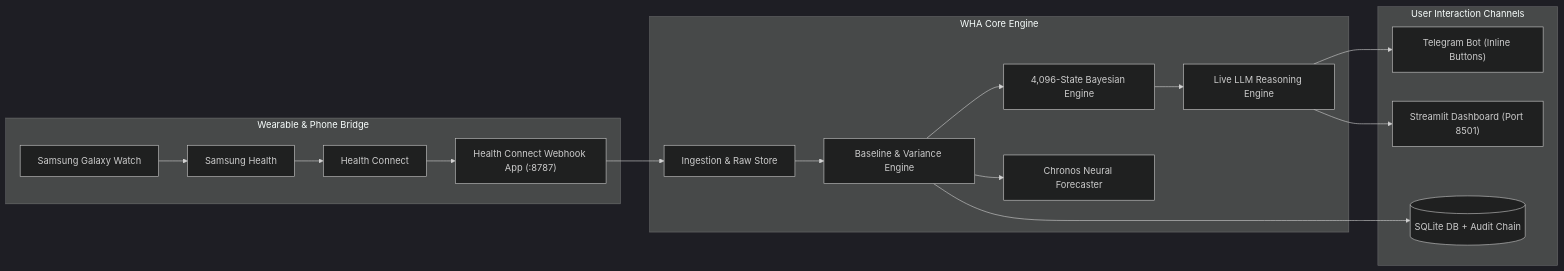
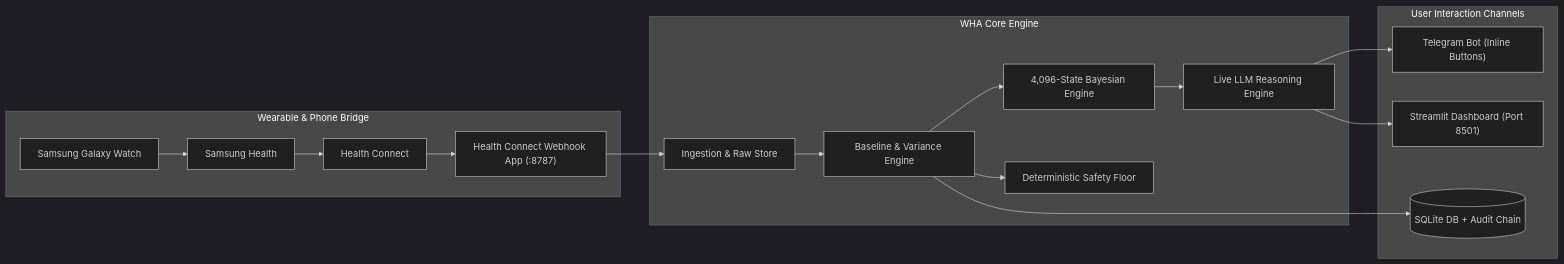
Before and after one commit to NatBrian/wearable-health-agent: the diagram in README.md, drawn with Mermaid (dark theme). The commit also changed other lines of this file and 8 other files, not shown here.

````diff
--- a/README.md
+++ b/README.md
@@ -113,22 +113,22 @@
 ```mermaid
 flowchart LR
     subgraph Hardware["Wearable & Phone Bridge"]
         Watch["Samsung Galaxy Watch"] --> SH["Samsung Health"]
         SH --> HC["Health Connect"]
         HC --> Bridge["Health Connect Webhook App (:8787)"]
     end
 
     subgraph Core["WHA Core Engine"]
         Bridge --> Ingest["Ingestion & Raw Store"]
         Ingest --> Stats["Baseline & Variance Engine"]
         Stats --> Bayes["4,096-State Bayesian Engine"]
-        Stats --> Chronos["Chronos Neural Forecaster"]
+        Stats --> Safety["Deterministic Safety Floor"]
         Bayes --> LLM["Live LLM Reasoning Engine"]
     end
 
     subgraph Delivery["User Interaction Channels"]
         LLM --> TG["Telegram Bot (Inline Buttons)"]
         LLM --> UI["Streamlit Dashboard (Port 8501)"]
         Stats --> DB[("SQLite DB + Audit Chain")]
     end
 ```
````
